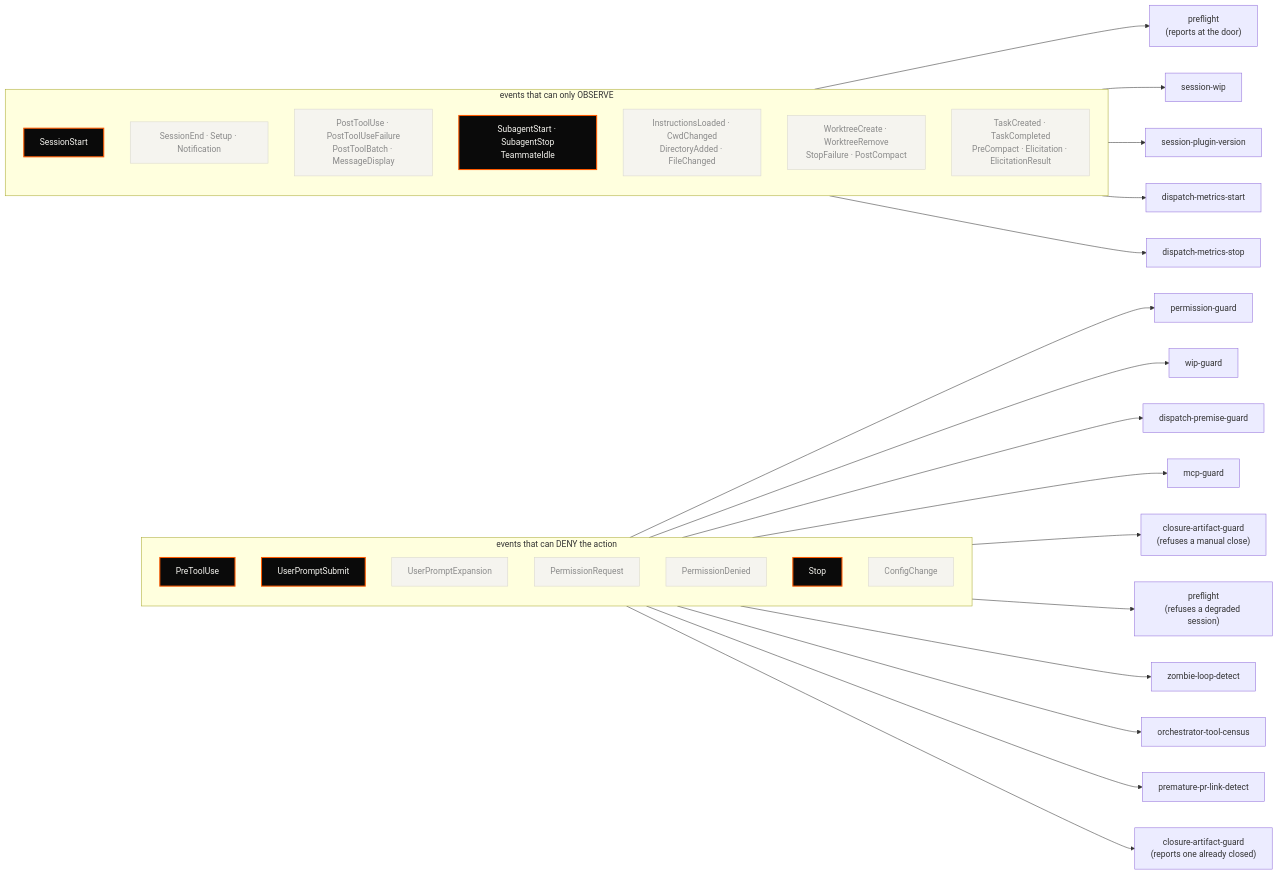
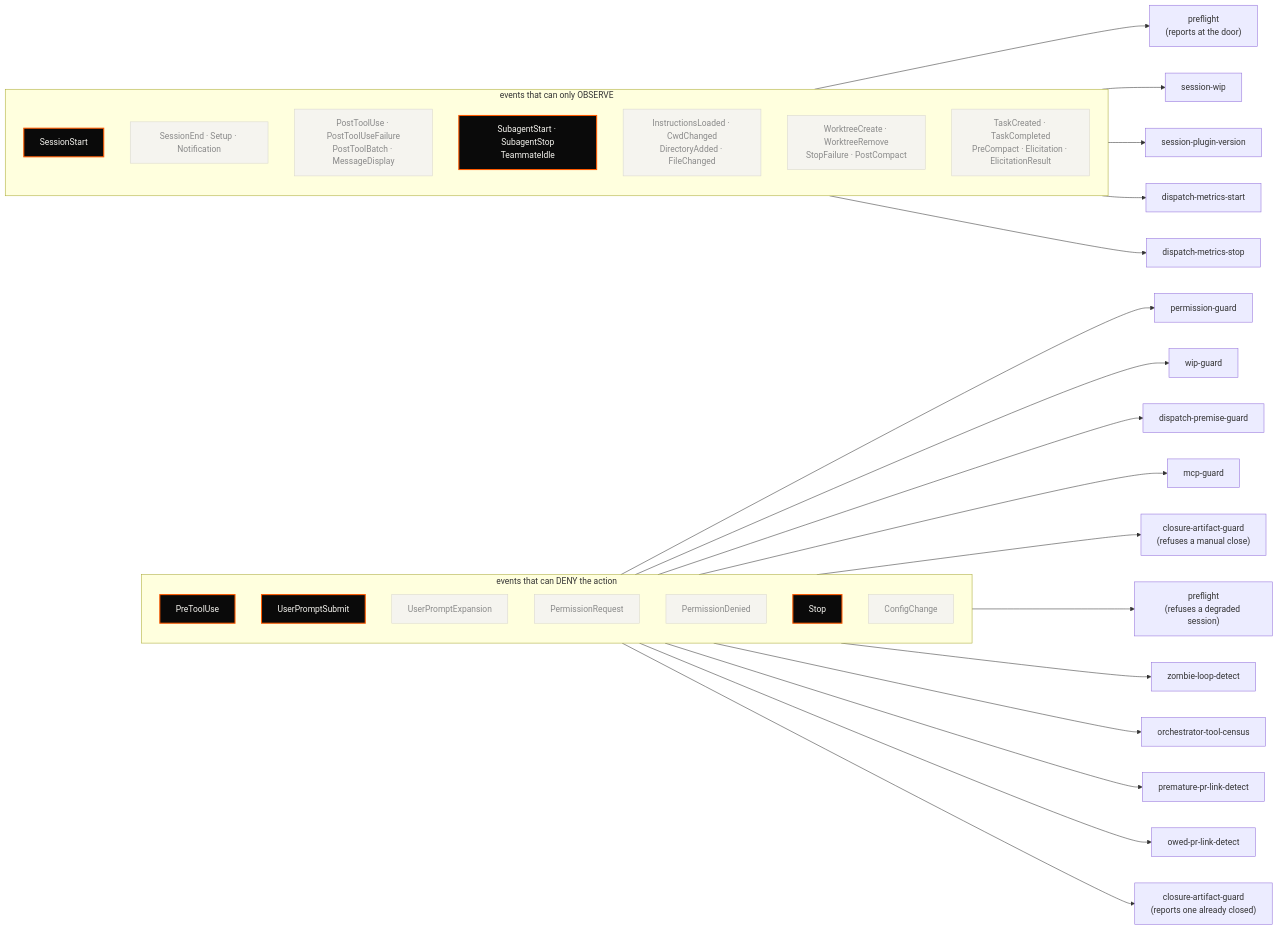
Before and after one commit to tedeuxx/tadeumendonca-skills: the fourth of 5 diagrams in README.md, drawn with Mermaid. The commit also changed other lines of this file and 20 other files, not shown here.

````diff
--- a/README.md
+++ b/README.md
@@ -1165,61 +1174,63 @@
 ```mermaid
 flowchart LR
   classDef used fill:#0A0A0A,color:#F5F4EF,stroke:#FF5A00,stroke-width:2px
   classDef idle fill:#F5F4EF,color:#8A8A8A,stroke:#D8D6CE
 
   subgraph BLOCK["events that can DENY the action"]
     direction TB
     E1["PreToolUse"]
     E2["UserPromptSubmit"]
     E3["UserPromptExpansion"]:::idle
     E4["PermissionRequest"]:::idle
     E5["PermissionDenied"]:::idle
     E6["Stop"]
     E7["ConfigChange"]:::idle
   end
 
   subgraph OBS["events that can only OBSERVE"]
     direction TB
     O1["SessionStart"]
     O2["SessionEnd · Setup · Notification"]:::idle
     O3["PostToolUse · PostToolUseFailure<br/>PostToolBatch · MessageDisplay"]:::idle
     O4["SubagentStart · SubagentStop<br/>TeammateIdle"]:::idle
     O5["InstructionsLoaded · CwdChanged<br/>DirectoryAdded · FileChanged"]:::idle
     O6["WorktreeCreate · WorktreeRemove<br/>StopFailure · PostCompact"]:::idle
     O7["TaskCreated · TaskCompleted<br/>PreCompact · Elicitation · ElicitationResult"]:::idle
   end
 
   H1["permission-guard"]
   H2["wip-guard"]
   H3["session-wip"]
   H4["session-plugin-version"]
   H5["dispatch-metrics-start"]
   H6["dispatch-metrics-stop"]
   H7["zombie-loop-detect"]
   H9["orchestrator-tool-census"]
   H10["premature-pr-link-detect"]
+  H17["owed-pr-link-detect"]
   H11["dispatch-premise-guard"]
   H12["closure-artifact-guard<br/>(refuses a manual close)"]
   H13["closure-artifact-guard<br/>(reports one already closed)"]
   H14["preflight<br/>(refuses a degraded session)"]
   H15["preflight<br/>(reports at the door)"]
   H16["mcp-guard"]
 
   E1 --> H1
   E1 --> H2
   E1 --> H11
   E1 --> H16
   E1 --> H12
   E2 --> H14
   O1 --> H15
   O1 --> H3
   O1 --> H4
   O4 --> H5
   O4 --> H6
   E6 --> H7
   E6 --> H9
   E6 --> H10
+  E6 --> H17
   E6 --> H13
 
   class E1,E2,O1,O4,E6 used
 ```
````
